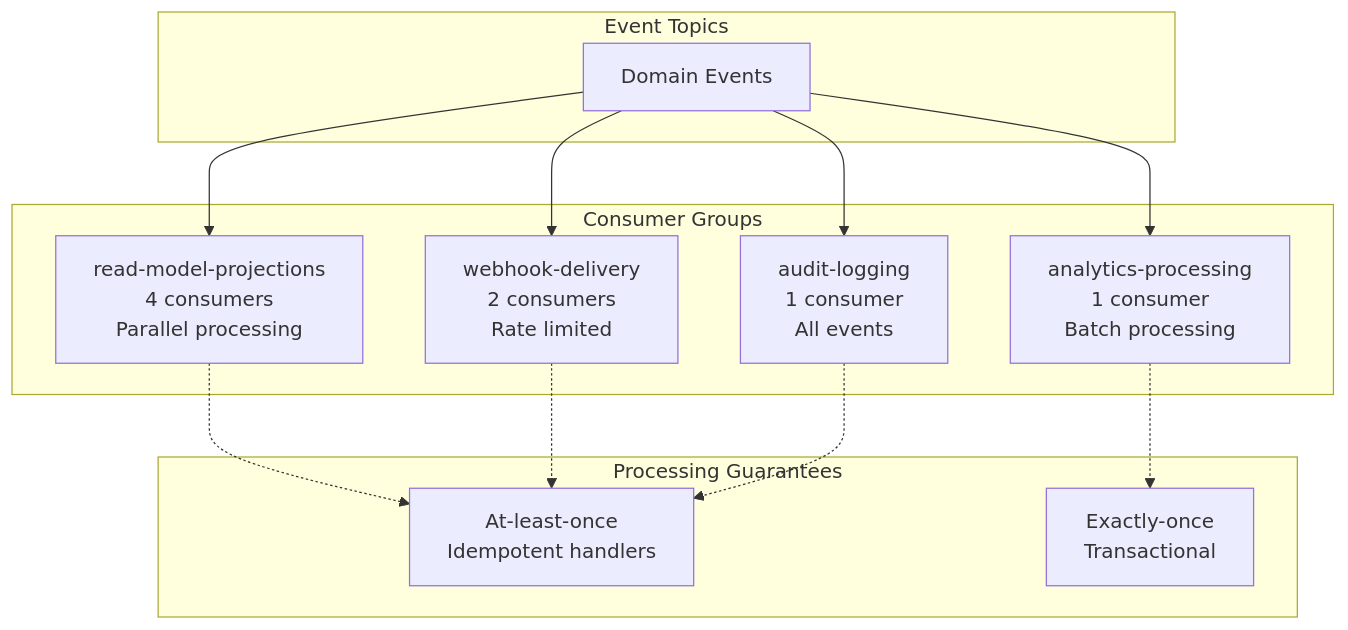
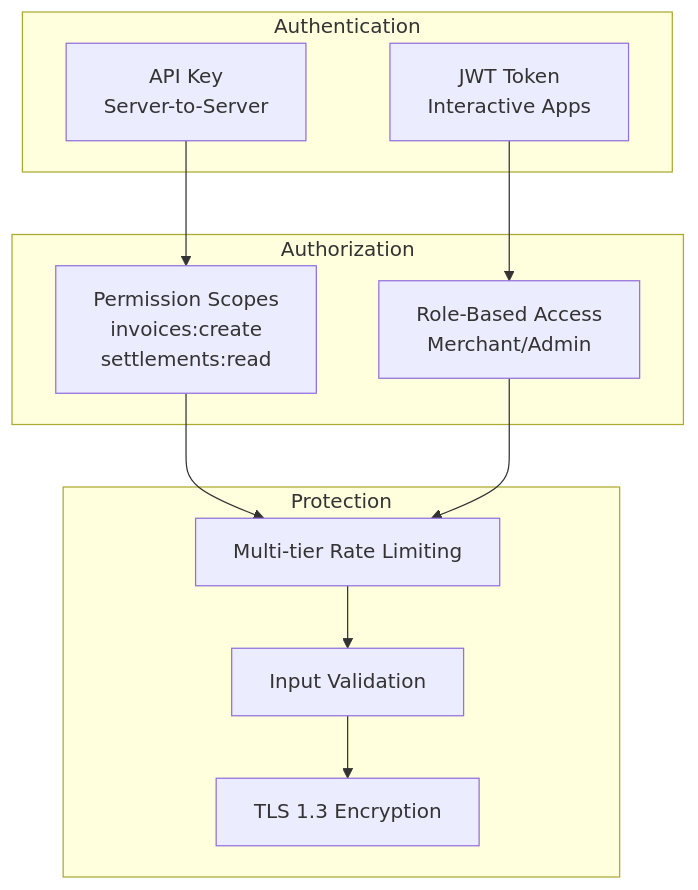
Before and after one commit to smirnoffmg/crypto-checkout: the sixth of 6 diagrams in docs/ARCH.md, drawn with Mermaid. The commit also changed other lines of this file and 11 other files, not shown here.

````diff
--- a/docs/ARCH.md
+++ b/docs/ARCH.md
@@ -312,25 +394,25 @@
 ```mermaid
 graph TB
-    subgraph "Consumer Groups"
-        READ_PROJ[read-model-projections<br/>4 consumers<br/>Parallel processing]
-        WEBHOOK[webhook-delivery<br/>2 consumers<br/>Rate limited]
-        ANALYTICS[analytics-processing<br/>1 consumer<br/>Batch processing]
-        AUDIT[audit-logging<br/>1 consumer<br/>All events]
+    subgraph "Authentication"
+        API_KEY[API Key<br/>Server-to-Server]
+        JWT[JWT Token<br/>Interactive Apps]
     end
     
-    subgraph "Event Topics"
-        EVENTS[Domain Events]
+    subgraph "Authorization"
+        SCOPES[Permission Scopes<br/>invoices:create<br/>settlements:read]
+        RBAC[Role-Based Access<br/>Merchant/Admin]
     end
     
-    EVENTS --> READ_PROJ
-    EVENTS --> WEBHOOK
-    EVENTS --> ANALYTICS
-    EVENTS --> AUDIT
+    subgraph "Protection"
+        RATE_LIMIT[Multi-tier Rate Limiting]
+        VALIDATION[Input Validation]
+        TLS[TLS 1.3 Encryption]
+    end
     
-    subgraph "Processing Guarantees"
-        READ_PROJ -.-> AT_LEAST_ONCE[At-least-once<br/>Idempotent handlers]
-        WEBHOOK -.-> AT_LEAST_ONCE
-        ANALYTICS -.-> EXACTLY_ONCE[Exactly-once<br/>Transactional]
-        AUDIT -.-> AT_LEAST_ONCE
-    end
+    API_KEY --> SCOPES
+    JWT --> RBAC
+    SCOPES --> RATE_LIMIT
+    RBAC --> RATE_LIMIT
+    RATE_LIMIT --> VALIDATION
+    VALIDATION --> TLS
 ```
````
